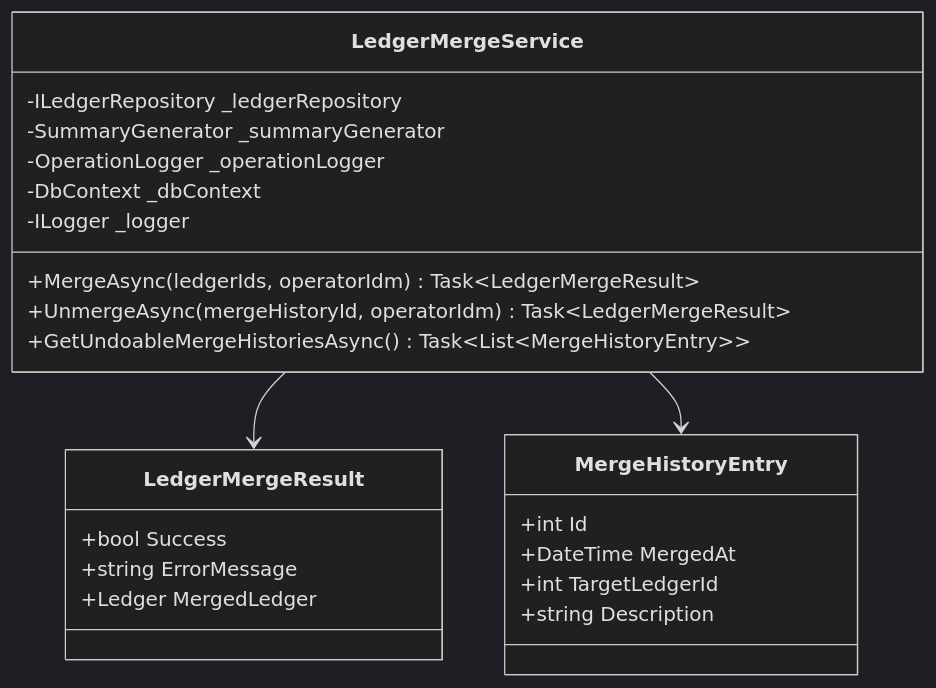
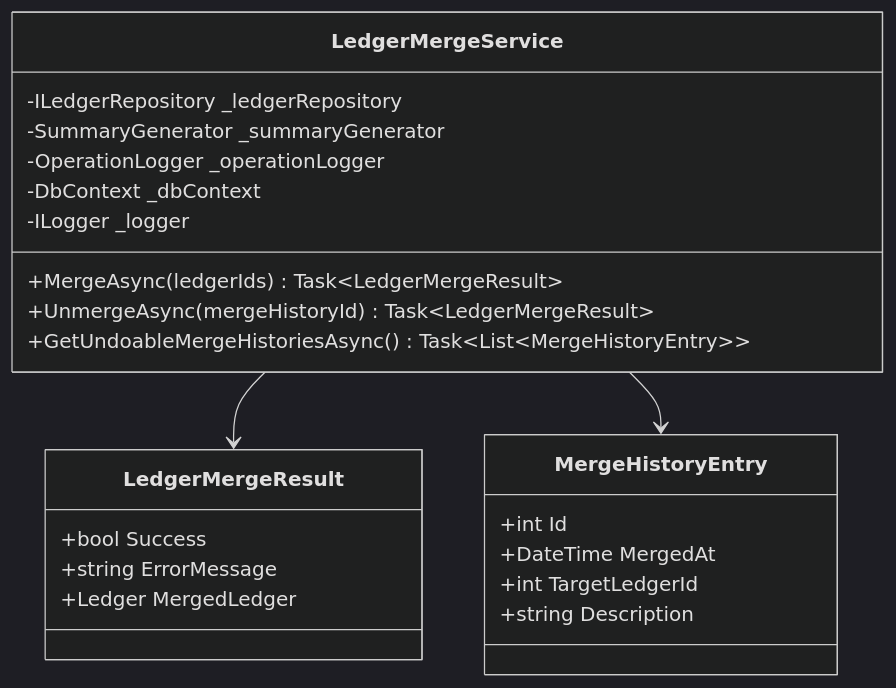
Before and after one commit to kuwayamamasayuki/ICCardManager: diagram 24 of 53 in ICCardManager/docs/design/05_クラス設計書.md, drawn with Mermaid (dark theme). The commit also changed other lines of this file and 16 other files, not shown here.

````diff
--- a/ICCardManager/docs/design/05_クラス設計書.md
+++ b/ICCardManager/docs/design/05_クラス設計書.md
@@ -2060,29 +2060,29 @@
 ```mermaid
 classDiagram
     class LedgerMergeService {
         -ILedgerRepository _ledgerRepository
         -SummaryGenerator _summaryGenerator
         -OperationLogger _operationLogger
         -DbContext _dbContext
         -ILogger _logger
-        +MergeAsync(ledgerIds, operatorIdm) Task~LedgerMergeResult~
-        +UnmergeAsync(mergeHistoryId, operatorIdm) Task~LedgerMergeResult~
+        +MergeAsync(ledgerIds) Task~LedgerMergeResult~
+        +UnmergeAsync(mergeHistoryId) Task~LedgerMergeResult~
         +GetUndoableMergeHistoriesAsync() Task~List~MergeHistoryEntry~~
     }
 
     class LedgerMergeResult {
         +bool Success
         +string ErrorMessage
         +Ledger MergedLedger
     }
 
     class MergeHistoryEntry {
         +int Id
         +DateTime MergedAt
         +int TargetLedgerId
         +string Description
     }
 
     LedgerMergeService --> LedgerMergeResult
     LedgerMergeService --> MergeHistoryEntry
 ```
````
